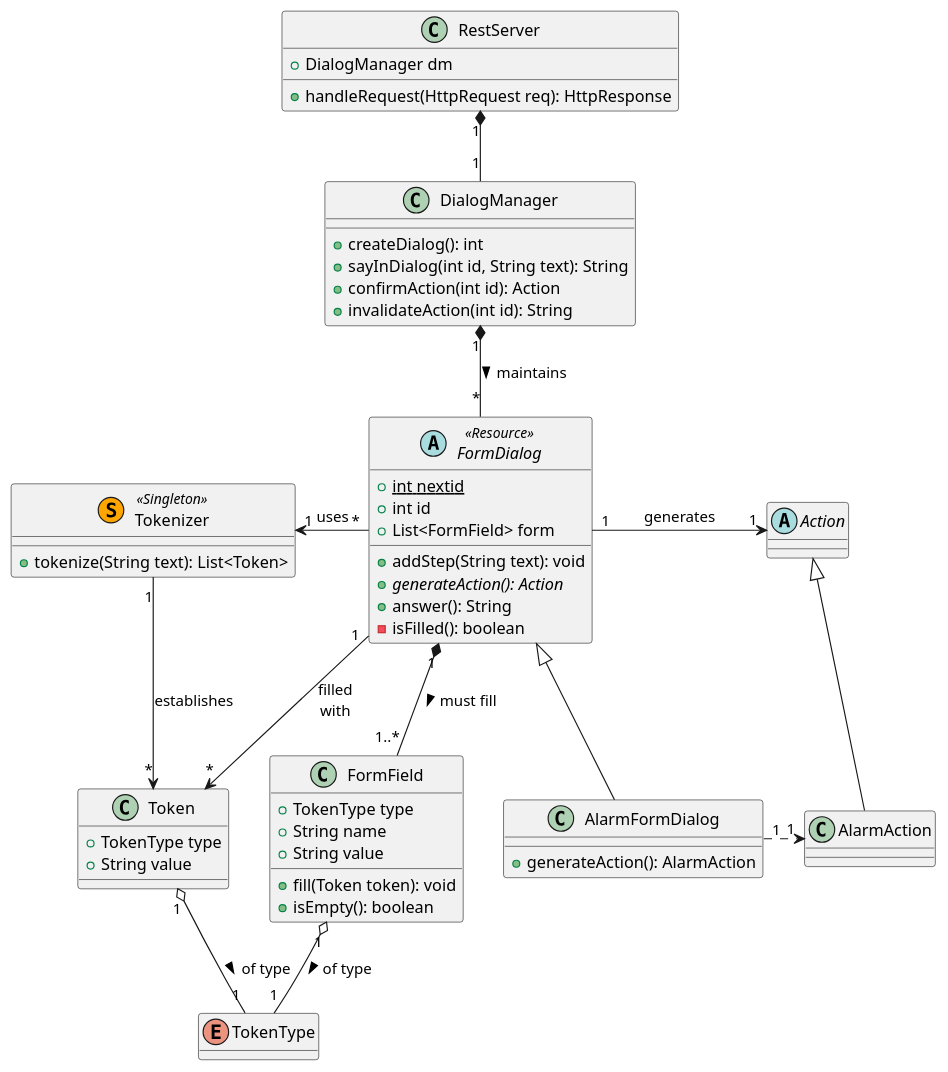
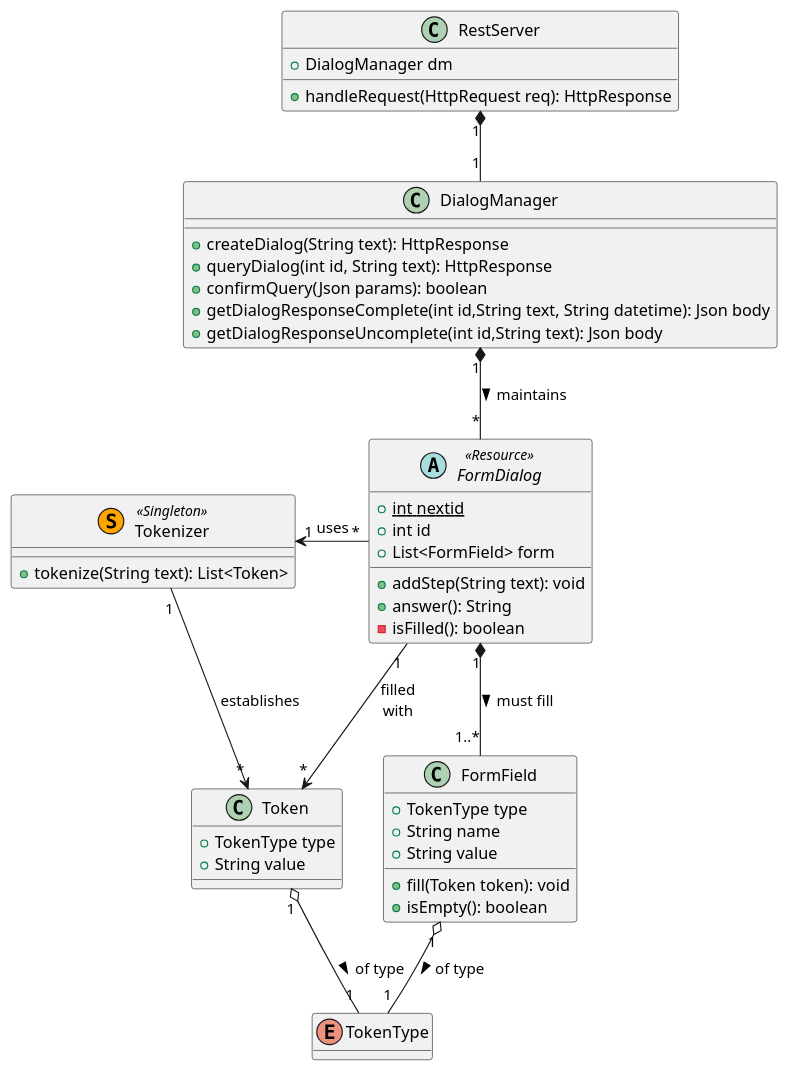
One commit to alexandre-lelain/ihme-agent-assistant changed the diagram in conception/source/classDiagram_Server.puml. Above: the diagram before and after it, drawn with PlantUML. The commit also changed 10 other files, not shown here.

```diff
--- a/conception/source/classDiagram_Server.puml
+++ b/conception/source/classDiagram_Server.puml
@@ -1,58 +1,49 @@
 @startuml
 
 class RestServer {
     +DialogManager dm
     +handleRequest(HttpRequest req): HttpResponse
 }
 class DialogManager {
-    +createDialog(): int
-    +sayInDialog(int id, String text): String
-    +confirmAction(int id): Action
-    +invalidateAction(int id): String 
+    +createDialog(String text): HttpResponse
+    +queryDialog(int id, String text): HttpResponse
+    +confirmQuery(Json params): boolean
+    +getDialogResponseComplete(int id,String text, String datetime): Json body
+    +getDialogResponseUncomplete(int id,String text): Json body
 }
 abstract class FormDialog <<Resource>> {
     +{static} int nextid
     +int id
     +List<FormField> form
     +addStep(String text): void
-    +{abstract} generateAction(): Action
     +answer(): String
     -isFilled(): boolean
 }
 class FormField {
     +TokenType type
     +String name
     +String value
     +fill(Token token): void
     +isEmpty(): boolean
 }
-class AlarmFormDialog {
-    +generateAction(): AlarmAction
-}
-abstract class Action
-class AlarmAction
 class Tokenizer <<(S, orange) Singleton>> {
     +tokenize(String text): List<Token>
 }
 class Token {
     +TokenType type
     +String value
 }
 enum TokenType
 
 hide TokenType methods
 
 RestServer "1" *-- "1" DialogManager
 DialogManager "1" *-- "*" FormDialog : maintains >
 FormDialog "*" -left-> "1" Tokenizer : uses
 FormDialog "1" *-- "1..*" FormField : must fill >
 Tokenizer "1" --> "*" Token : establishes
 FormDialog "1" --> "*" Token : filled\nwith
 Token "1" o- "1" TokenType : of type >
 FormField "1" o-- "1" TokenType : of type >
-FormDialog "1" -> "1" Action : generates
-FormDialog <|-- AlarmFormDialog
-Action <|-- AlarmAction
-AlarmFormDialog "1" .> "1" AlarmAction
 
 @enduml
```
